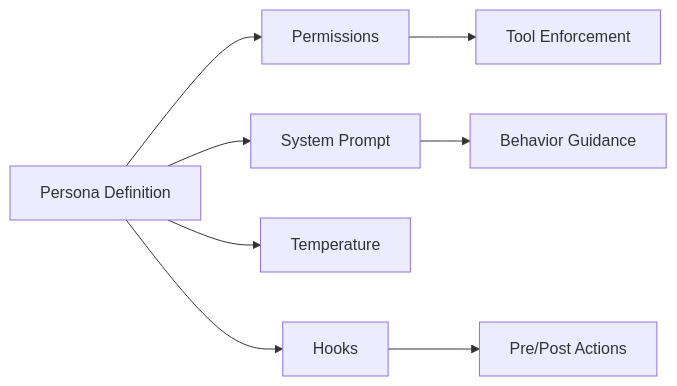
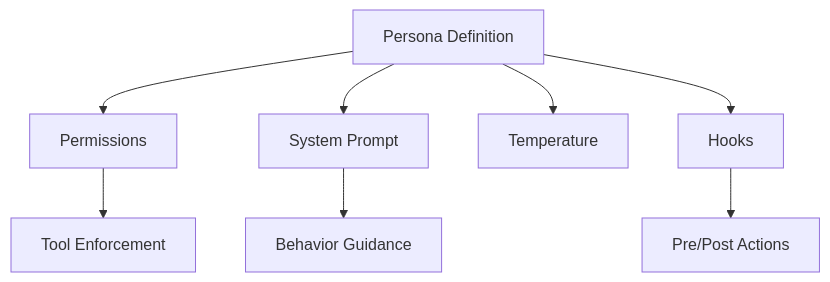
The second of 2 diagrams in docs/concepts/architecture.md (re-cinq/wave), drawn with Mermaid before and after one commit. The commit also changed 11 other files, not shown here.

First line of the commit message:
docs: remove fictional compliance content, fix mermaid diagrams

````diff
--- a/docs/concepts/architecture.md
+++ b/docs/concepts/architecture.md
@@ -70,10 +70,10 @@
 ```mermaid
-graph LR
+graph TD
     A[Persona Definition] --> B[Permissions]
     A --> C[System Prompt]
     A --> D[Temperature]
     A --> E[Hooks]
     B --> F[Tool Enforcement]
     C --> G[Behavior Guidance]
     E --> H[Pre/Post Actions]
 ```
````
